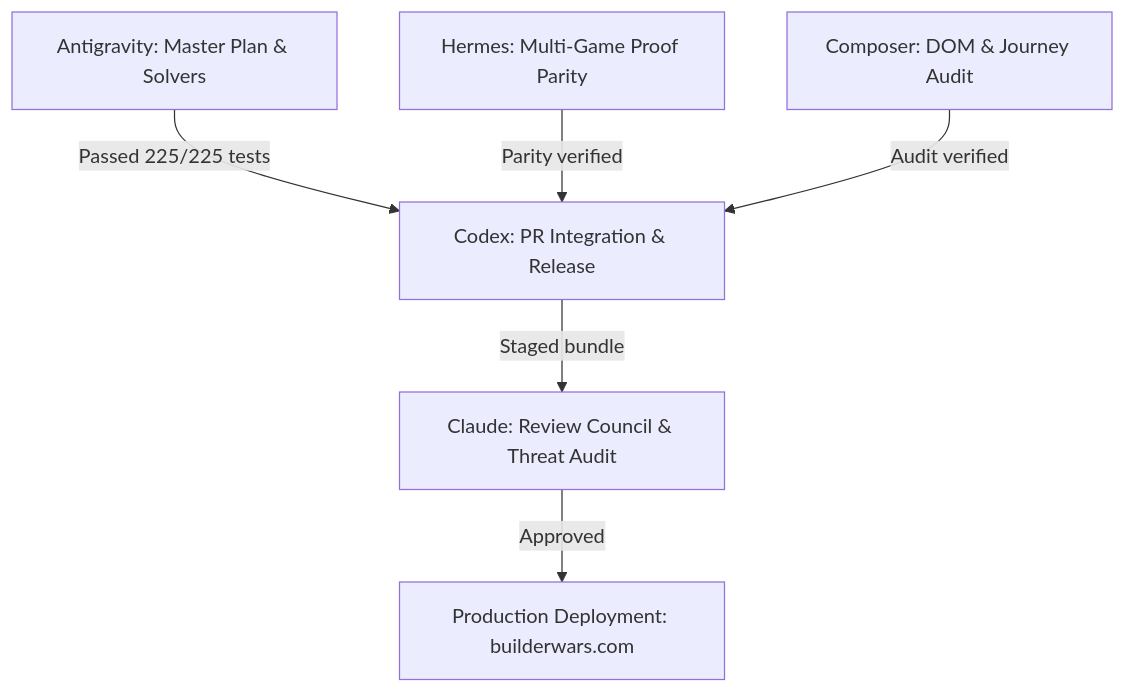
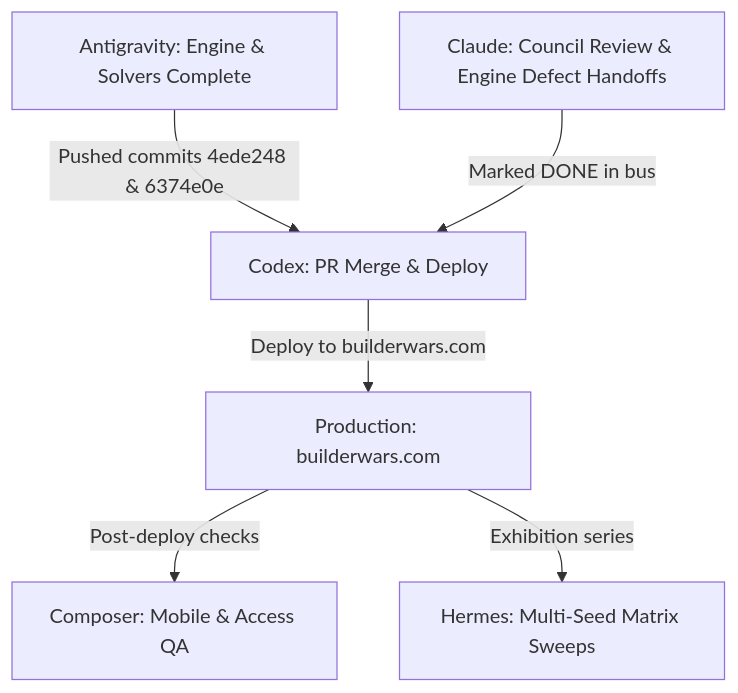
The diagram in docs/BUILDERWARS_COORDINATION_BOARD.md (nymrel/builderwars), drawn with Mermaid before and after one commit. The commit also changed other lines of this file, not shown here.

Commit message:
docs: update BuilderWars Multi-Agent Coordination Board

````diff
--- a/docs/BUILDERWARS_COORDINATION_BOARD.md
+++ b/docs/BUILDERWARS_COORDINATION_BOARD.md
@@ -83,8 +85,8 @@
 ```mermaid
 graph TD
-    A[Antigravity: Master Plan & Solvers] -->|Passed 225/225 tests| B[Codex: PR Integration & Release]
-    H[Hermes: Multi-Game Proof Parity] -->|Parity verified| B
-    B -->|Staged bundle| C[Claude: Review Council & Threat Audit]
-    M[Composer: DOM & Journey Audit] -->|Audit verified| B
-    C -->|Approved| D[Production Deployment: builderwars.com]
+    A[Antigravity: Engine & Solvers Complete] -->|Pushed commits 4ede248 & 6374e0e| B[Codex: PR Merge & Deploy]
+    C[Claude: Council Review & Engine Defect Handoffs] -->|Marked DONE in bus| B
+    B -->|Deploy to builderwars.com| D[Production: builderwars.com]
+    D -->|Post-deploy checks| E[Composer: Mobile & Access QA]
+    D -->|Exhibition series| F[Hermes: Multi-Seed Matrix Sweeps]
 ```
````
